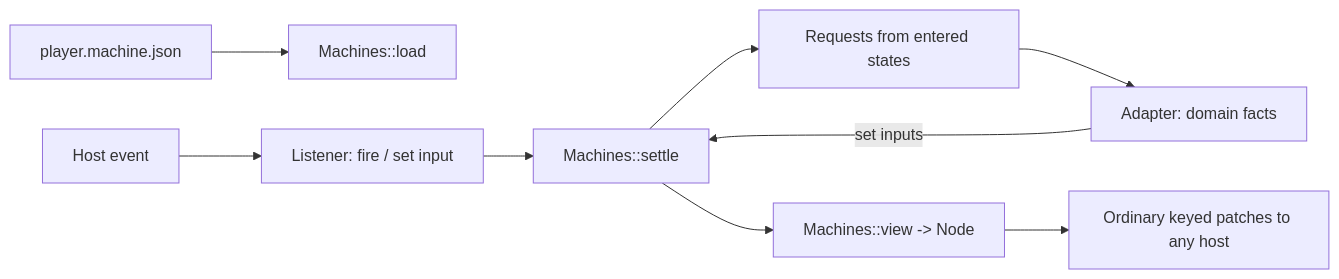
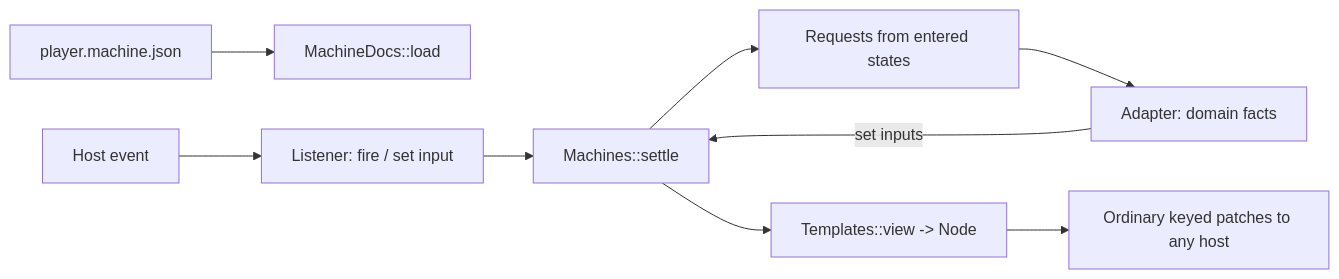
Before and after one commit to Nimblesite/osprey: the diagram in docs/specs/platforms/UiMachines.md, drawn with Mermaid. The commit also changed other lines of this file and 24 other files, not shown here.

````diff
--- a/docs/specs/platforms/UiMachines.md
+++ b/docs/specs/platforms/UiMachines.md
@@ -7,11 +7,11 @@
 ```mermaid
 flowchart LR
-    D[player.machine.json] --> M[Machines::load]
+    D[player.machine.json] --> M[MachineDocs::load]
     H[Host event] --> L[Listener: fire / set input]
     L --> S[Machines::settle]
     A[Adapter: domain facts] -->|set inputs| S
     S --> R[Requests from entered states]
     R --> A
-    S --> V[Machines::view -> Node]
+    S --> V[Templates::view -> Node]
     V --> P[Ordinary keyed patches to any host]
 ```
````
